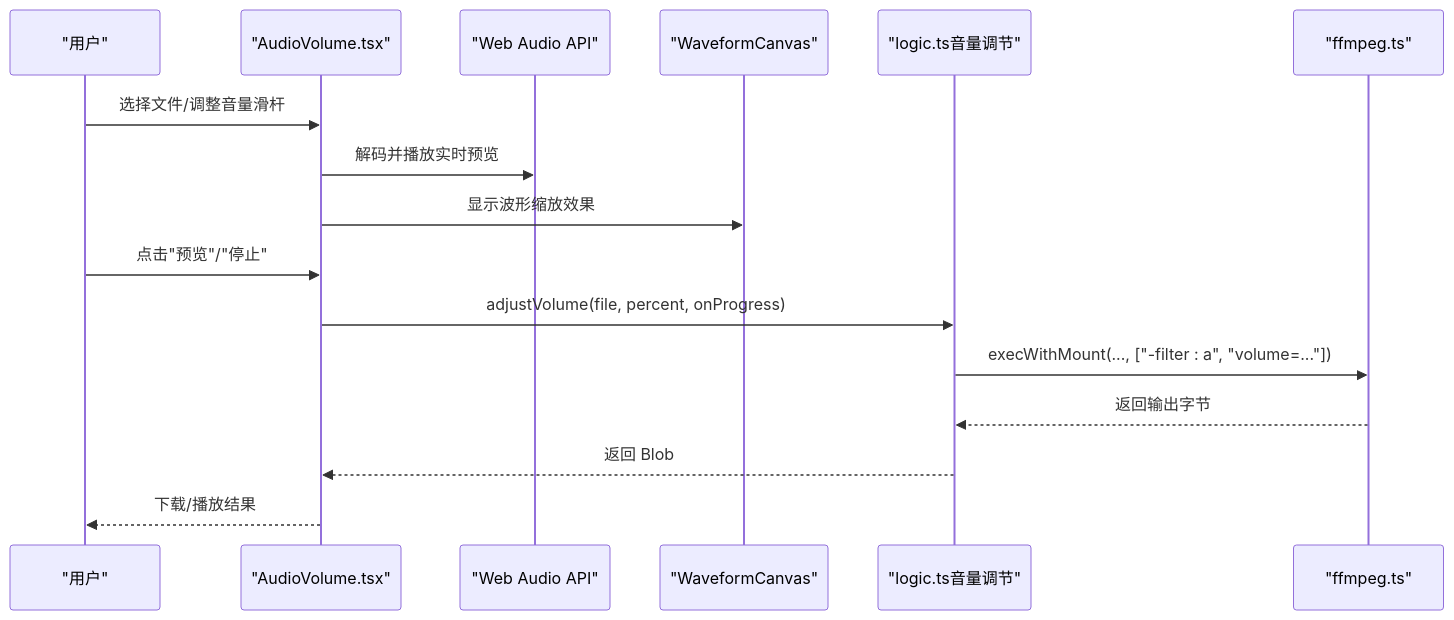
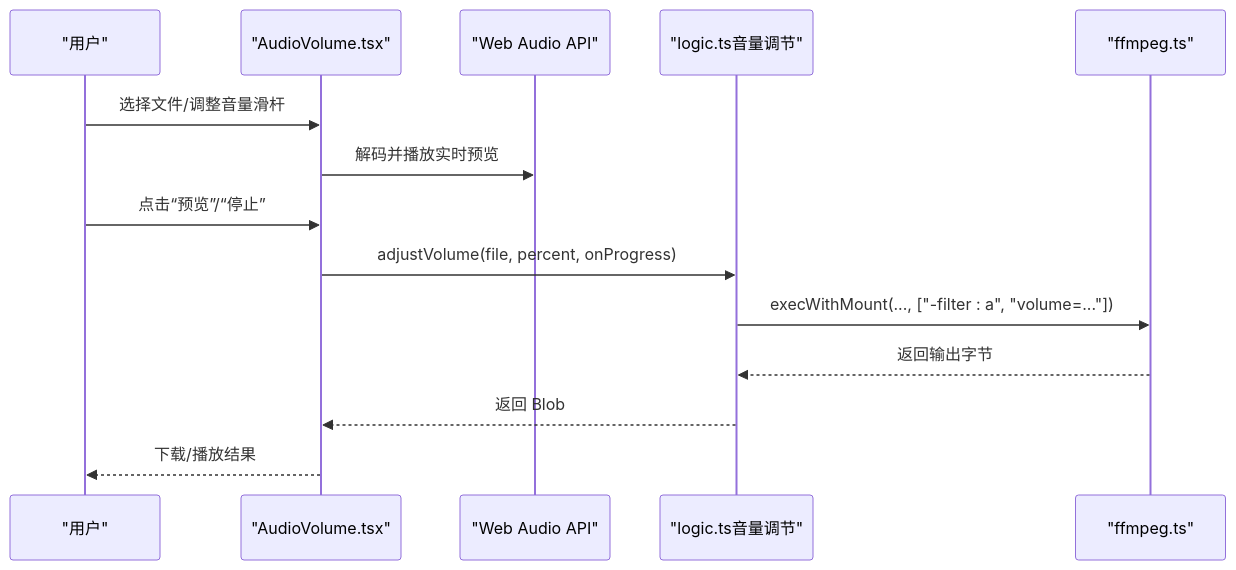
One commit to sgyy/privadeck changed the sixth of 7 diagrams in .qoder/repowiki/zh/content/音频工具/音频工具.md. Above: the diagram before and after it, drawn with Mermaid. The commit also changed other lines of this file and 48 other files, not shown here.

````diff
--- a/.qoder/repowiki/zh/content/音频工具/音频工具.md
+++ b/.qoder/repowiki/zh/content/音频工具/音频工具.md
@@ -255,18 +229,16 @@
 ```mermaid
 sequenceDiagram
 participant U as "用户"
 participant UI as "AudioVolume.tsx"
 participant W as "Web Audio API"
-participant WC as "WaveformCanvas"
 participant L as "logic.ts音量调节"
 participant F as "ffmpeg.ts"
 U->>UI : 选择文件/调整音量滑杆
 UI->>W : 解码并播放实时预览
-UI->>WC : 显示波形缩放效果
-U->>UI : 点击"预览"/"停止"
+U->>UI : 点击“预览”/“停止”
 UI->>L : adjustVolume(file, percent, onProgress)
 L->>F : execWithMount(..., ["-filter : a", "volume=..."])
 F-->>L : 返回输出字节
 L-->>UI : 返回 Blob
 UI-->>U : 下载/播放结果
 ```
````
